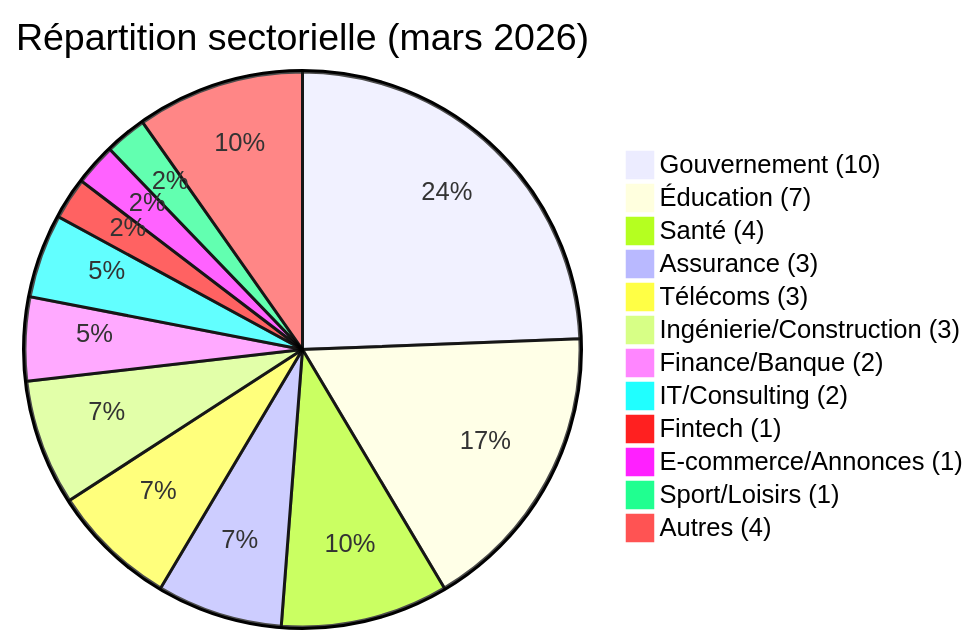
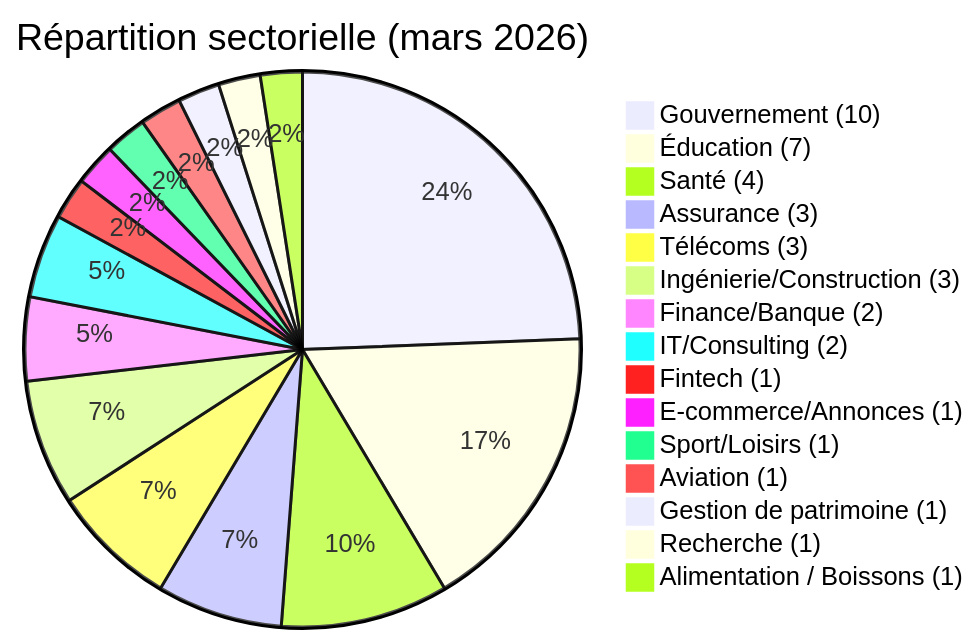
Before and after one commit to Hatchepsoute/AFRINTEL: the fourth of 5 diagrams in CyberAttackAfrica/2026/03-march/README_FR.md, drawn with Mermaid. The commit also changed other lines of this file and 39 other files, not shown here.

````diff
--- a/CyberAttackAfrica/2026/03-march/README_FR.md
+++ b/CyberAttackAfrica/2026/03-march/README_FR.md
@@ -140,16 +143,19 @@
 ```mermaid
 pie
  title Répartition sectorielle (mars 2026)
  "Gouvernement (10)" : 10
  "Éducation (7)" : 7
  "Santé (4)" : 4
  "Assurance (3)" : 3
  "Télécoms (3)" : 3
  "Ingénierie/Construction (3)" : 3
  "Finance/Banque (2)" : 2
  "IT/Consulting (2)" : 2
  "Fintech (1)" : 1
  "E-commerce/Annonces (1)" : 1
  "Sport/Loisirs (1)" : 1
- "Autres (4)" : 4
+ "Aviation (1)" : 1
+ "Gestion de patrimoine (1)" : 1
+ "Recherche (1)" : 1
+ "Alimentation / Boissons (1)" : 1
 ```
````
